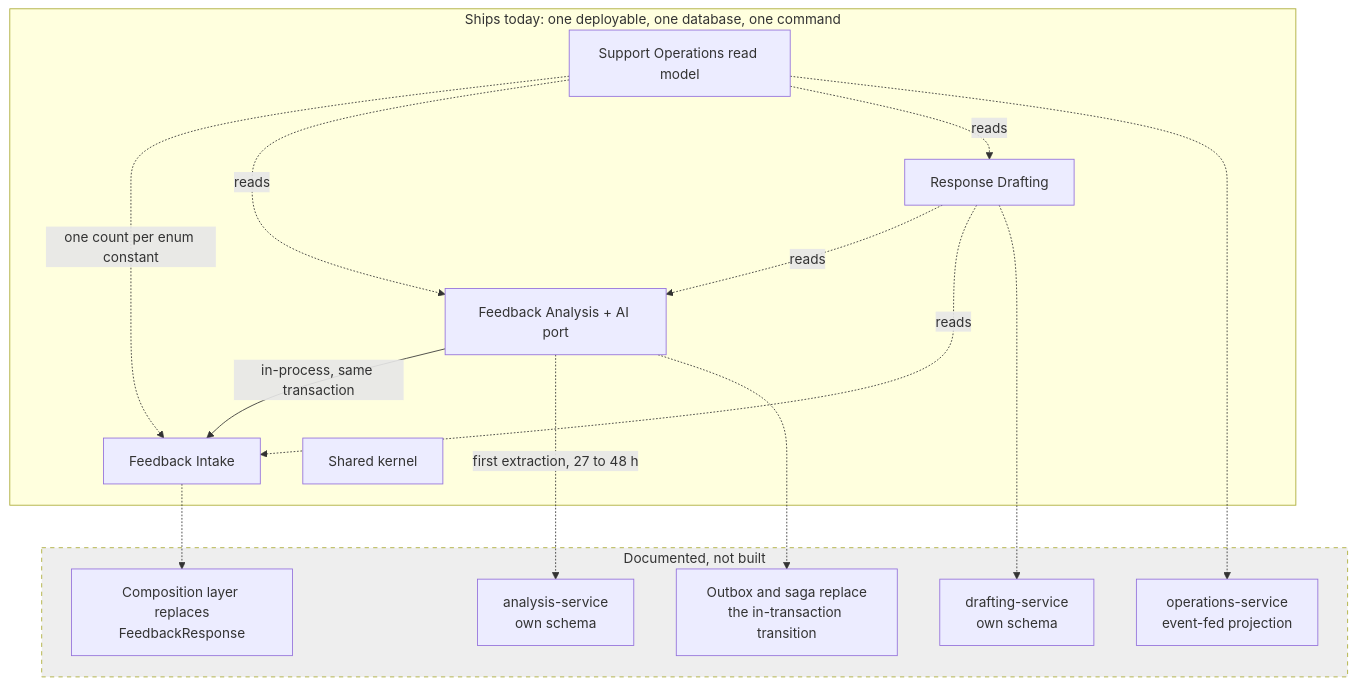
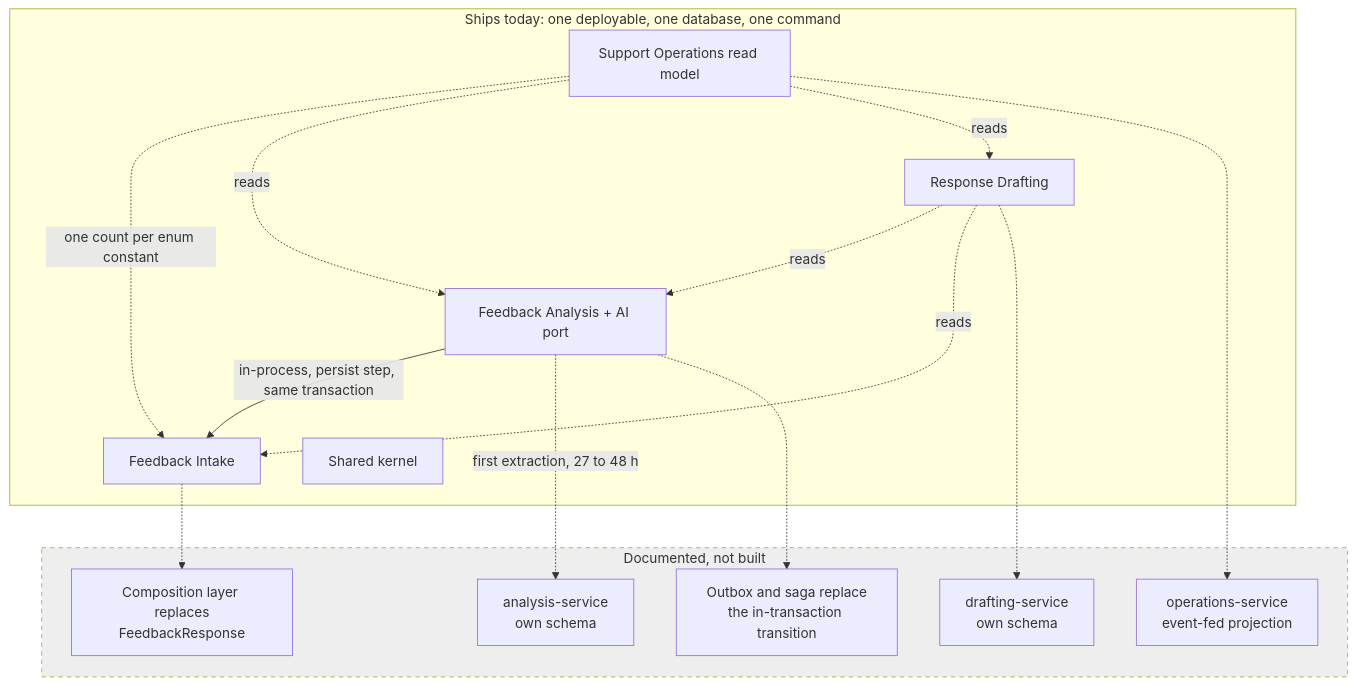
The second of 2 diagrams in docs/microservice-decomposition.md (SchwartzLizer/generative-ai-java-spring-labs), drawn with Mermaid before and after one commit.

Commit message:
docs: clarify target-state diagram's transaction edge label
The BC2 -> BC1 edge said "in-process, same transaction", which a reader
skimming the diagram could take to mean the whole analyze() flow is one
transaction. The document itself now describes analyze() a few sections
earlier as three steps across two transactions (the AI call runs with no
transaction open), so the label needs to scope itself to the step it
actually describes: the persist step, where the analysis row and the
status transition are written together.

````diff
--- a/docs/microservice-decomposition.md
+++ b/docs/microservice-decomposition.md
@@ -96,32 +96,32 @@
 ```mermaid
 flowchart TB
   subgraph SHIPS["Ships today: one deployable, one database, one command"]
     BC1["Feedback Intake"]
     BC2["Feedback Analysis + AI port"]
     BC3["Response Drafting"]
     BC4["Support Operations read model"]
     SK["Shared kernel"]
   end
-  BC2 -->|"in-process, same transaction"| BC1
+  BC2 -->|"in-process, persist step, same transaction"| BC1
   BC3 -.->|"reads"| BC2
   BC3 -.->|"reads"| BC1
   BC4 -.->|"one count per enum constant"| BC1
   BC4 -.->|"reads"| BC2
   BC4 -.->|"reads"| BC3
 
   subgraph PLANNED["Documented, not built"]
     S1["analysis-service<br/>own schema"]
     S2["drafting-service<br/>own schema"]
     S3["operations-service<br/>event-fed projection"]
     SAGA["Outbox and saga replace<br/>the in-transaction transition"]
     GW["Composition layer replaces<br/>FeedbackResponse"]
   end
 
   BC2 -.->|"first extraction, 27 to 48 h"| S1
   BC3 -.-> S2
   BC4 -.-> S3
   BC2 -.-> SAGA
   BC1 -.-> GW
 
   style PLANNED fill:#eeeeee,stroke-dasharray: 5 5
 ```
````
